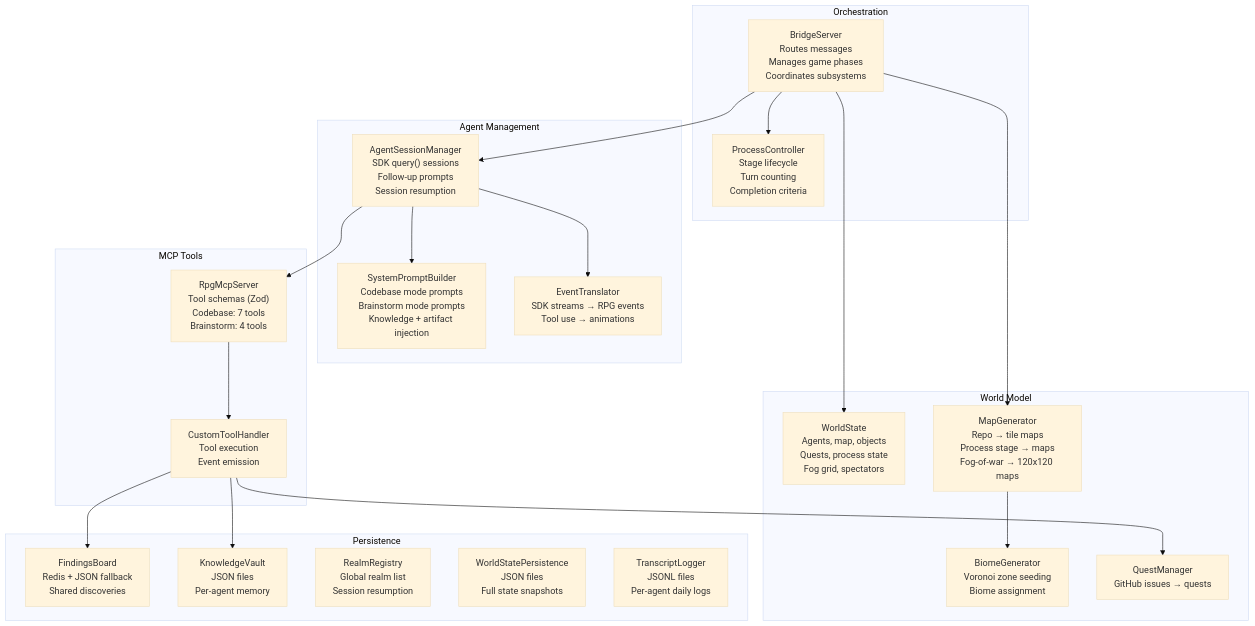
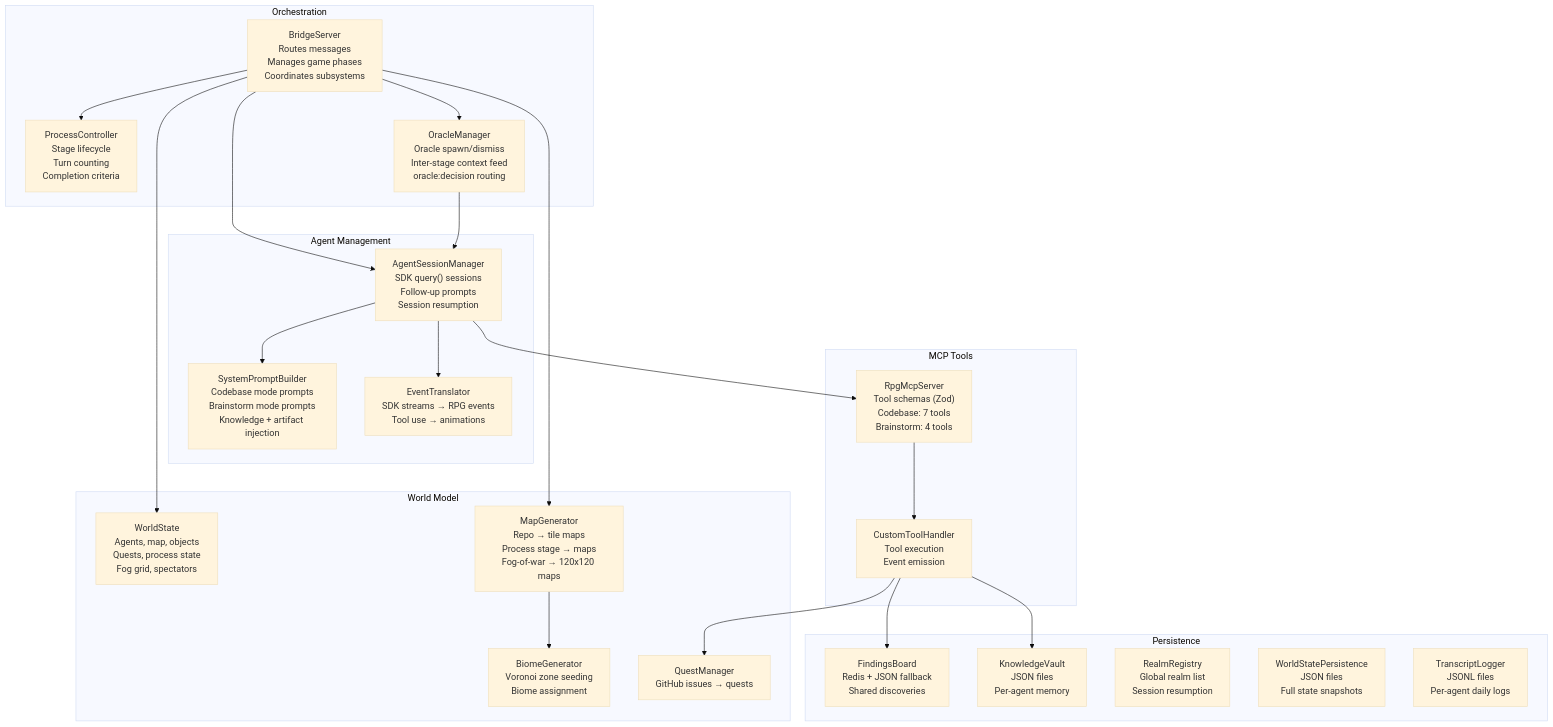
The third of 7 diagrams in docs/diagrams/system-overview.md (Human-Agency-Hackathon/AI-Interfaces-Feb-2026), drawn with Mermaid (base theme) before and after one commit. The commit also changed other lines of this file and 2 other files, not shown here.

First line of the commit message:
docs: update diagrams and architecture for Oracle router

````diff
--- a/docs/diagrams/system-overview.md
+++ b/docs/diagrams/system-overview.md
@@ -105,46 +107,49 @@
 ```mermaid
 graph TD
     subgraph Orchestration ["Orchestration"]
         BS2["BridgeServer<br/>Routes messages<br/>Manages game phases<br/>Coordinates subsystems"]
         PC3["ProcessController<br/>Stage lifecycle<br/>Turn counting<br/>Completion criteria"]
+        OM2["OracleManager<br/>Oracle spawn/dismiss<br/>Inter-stage context feed<br/>oracle:decision routing"]
     end
 
     subgraph AgentManagement ["Agent Management"]
         ASM2["AgentSessionManager<br/>SDK query() sessions<br/>Follow-up prompts<br/>Session resumption"]
         SPB2["SystemPromptBuilder<br/>Codebase mode prompts<br/>Brainstorm mode prompts<br/>Knowledge + artifact injection"]
         ET2["EventTranslator<br/>SDK streams → RPG events<br/>Tool use → animations"]
     end
 
     subgraph Tools ["MCP Tools"]
         RMS["RpgMcpServer<br/>Tool schemas (Zod)<br/>Codebase: 7 tools<br/>Brainstorm: 4 tools"]
         CTH2["CustomToolHandler<br/>Tool execution<br/>Event emission"]
     end
 
     subgraph WorldModel ["World Model"]
         WS2["WorldState<br/>Agents, map, objects<br/>Quests, process state<br/>Fog grid, spectators"]
         MG2["MapGenerator<br/>Repo → tile maps<br/>Process stage → maps<br/>Fog-of-war → 120x120 maps"]
         BG2["BiomeGenerator<br/>Voronoi zone seeding<br/>Biome assignment"]
         QM["QuestManager<br/>GitHub issues → quests"]
     end
 
     subgraph Persistence ["Persistence"]
         FB["FindingsBoard<br/>Redis + JSON fallback<br/>Shared discoveries"]
         KV["KnowledgeVault<br/>JSON files<br/>Per-agent memory"]
         RR2["RealmRegistry<br/>Global realm list<br/>Session resumption"]
         WSP["WorldStatePersistence<br/>JSON files<br/>Full state snapshots"]
         TL["TranscriptLogger<br/>JSONL files<br/>Per-agent daily logs"]
     end
 
     BS2 --> ASM2
     BS2 --> PC3
+    BS2 --> OM2
     BS2 --> WS2
     BS2 --> MG2
+    OM2 --> ASM2
     MG2 --> BG2
     ASM2 --> SPB2
     ASM2 --> ET2
     ASM2 --> RMS
     RMS --> CTH2
     CTH2 --> FB
     CTH2 --> KV
     CTH2 --> QM
 ```
````
